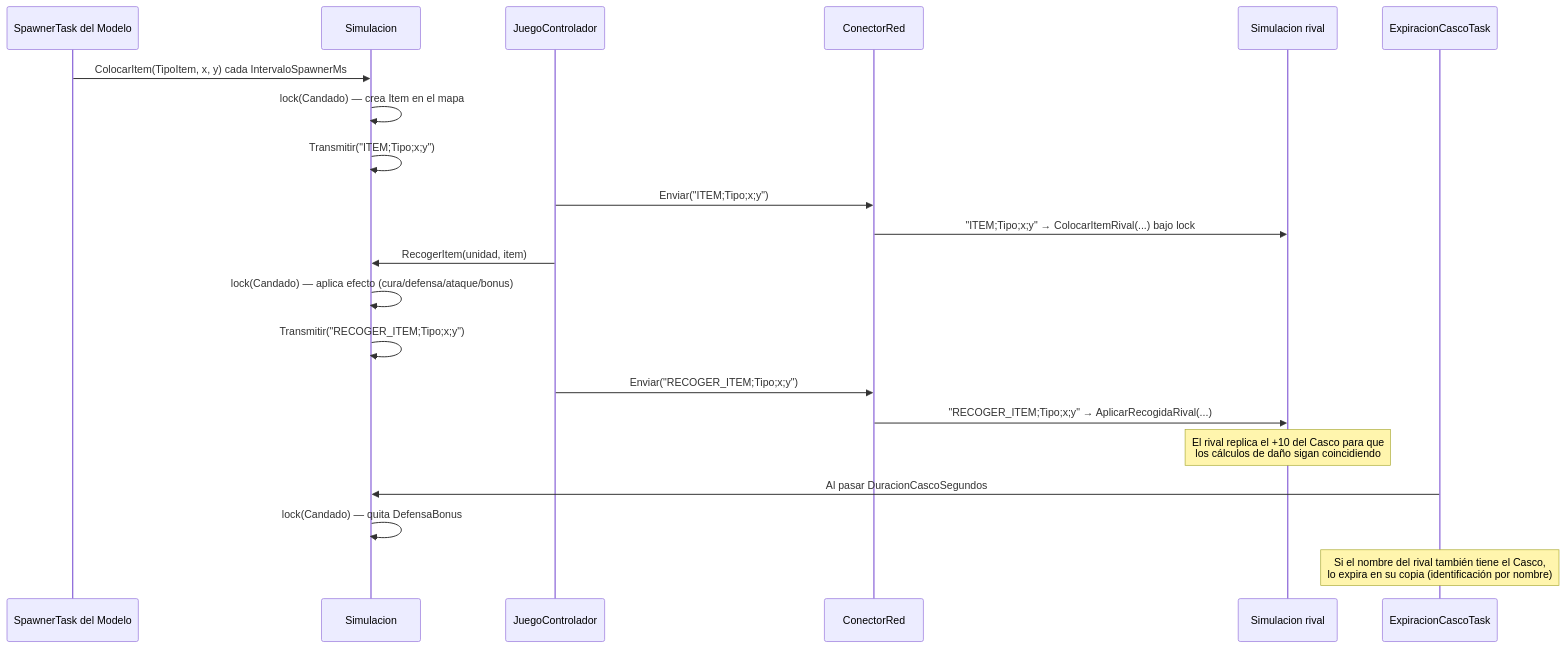
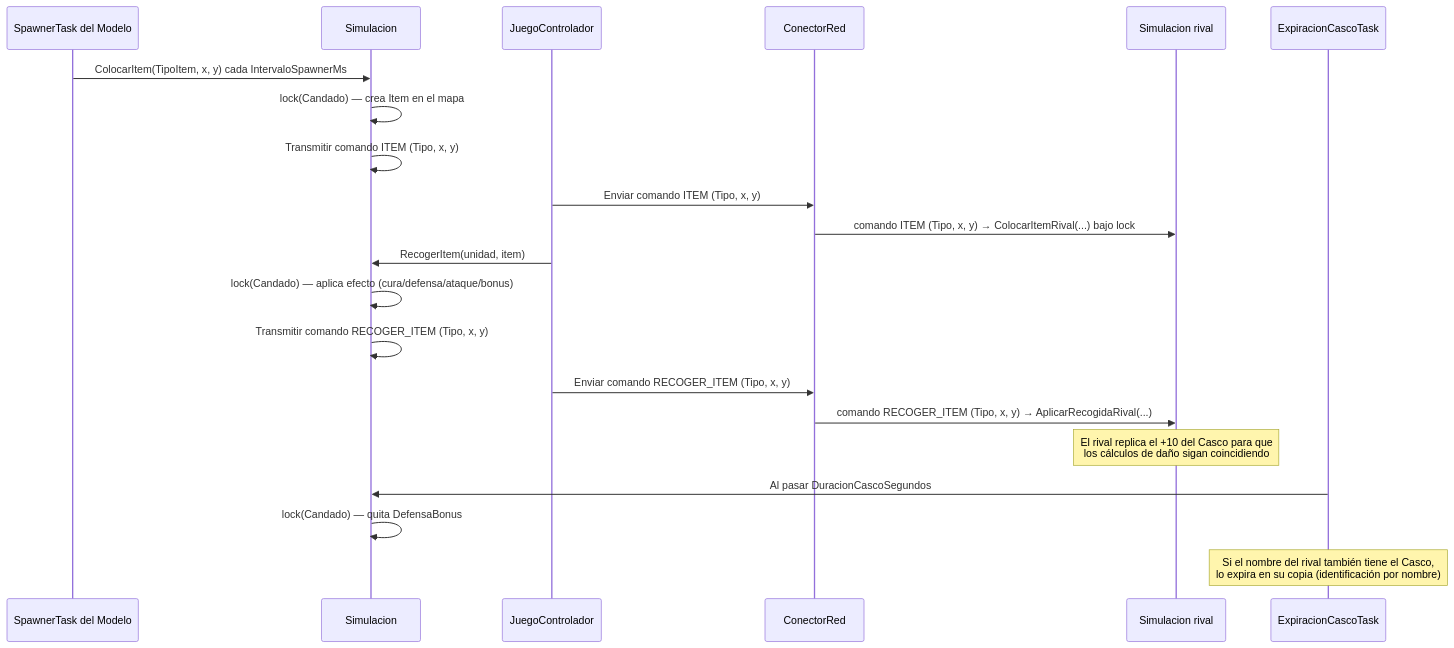
Before and after one commit to bardock7238/RTS-Academico: the seventh of 10 diagrams in DOCUMENTACION.md, drawn with Mermaid. The commit also changed other lines of this file, not shown here.

Commit message:
docs(proyecto): evitar entidades HTML en diagramas de secuencia

````diff
--- a/DOCUMENTACION.md
+++ b/DOCUMENTACION.md
@@ -494,26 +496,26 @@
 ```mermaid
 sequenceDiagram
     participant Sp as SpawnerTask del Modelo
     participant S as Simulacion
     participant C as JuegoControlador
     participant CR as ConectorRed
     participant S2 as Simulacion rival
     participant Ex as ExpiracionCascoTask
 
     Sp->>S: ColocarItem(TipoItem, x, y) cada IntervaloSpawnerMs
     S->>S: lock(Candado) — crea Item en el mapa
-    S->>S: Transmitir("ITEM#59;Tipo#59;x#59;y")
-    C->>CR: Enviar("ITEM#59;Tipo#59;x#59;y")
-    CR->>S2: "ITEM#59;Tipo#59;x#59;y" → ColocarItemRival(...) bajo lock
+    S->>S: Transmitir comando ITEM (Tipo, x, y)
+    C->>CR: Enviar comando ITEM (Tipo, x, y)
+    CR->>S2: comando ITEM (Tipo, x, y) → ColocarItemRival(...) bajo lock
 
     C->>S: RecogerItem(unidad, item)
     S->>S: lock(Candado) — aplica efecto (cura/defensa/ataque/bonus)
-    S->>S: Transmitir("RECOGER_ITEM#59;Tipo#59;x#59;y")
-    C->>CR: Enviar("RECOGER_ITEM#59;Tipo#59;x#59;y")
-    CR->>S2: "RECOGER_ITEM#59;Tipo#59;x#59;y" → AplicarRecogidaRival(...)
+    S->>S: Transmitir comando RECOGER_ITEM (Tipo, x, y)
+    C->>CR: Enviar comando RECOGER_ITEM (Tipo, x, y)
+    CR->>S2: comando RECOGER_ITEM (Tipo, x, y) → AplicarRecogidaRival(...)
     Note over S2: El rival replica el +10 del Casco para que<br/>los cálculos de daño sigan coincidiendo
 
     Ex->>S: Al pasar DuracionCascoSegundos
     S->>S: lock(Candado) — quita DefensaBonus
     Note over Ex: Si el nombre del rival también tiene el Casco,<br/>lo expira en su copia (identificación por nombre)
 ```
````
